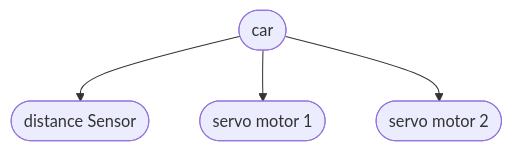
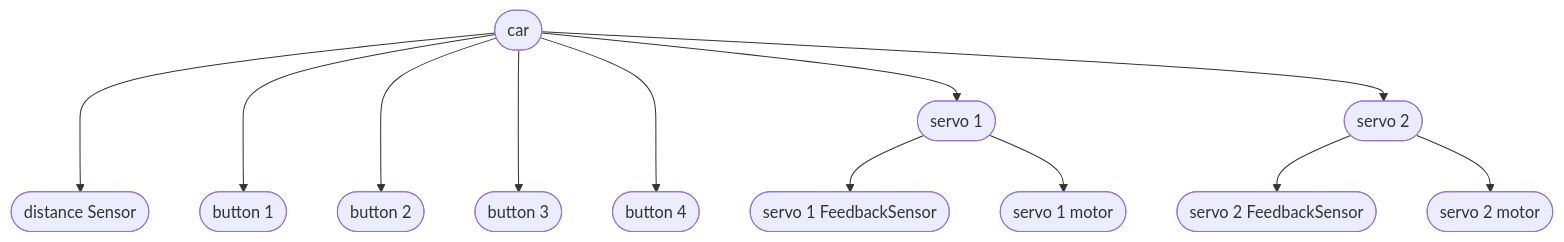
The first of 5 diagrams in ES/car challenge/class diagram.md (gamepro110/t-db3-2324nj), drawn with Mermaid before and after one commit. The commit also changed other lines of this file and 5 other files, not shown here.

````diff
--- a/ES/car challenge/class diagram.md
+++ b/ES/car challenge/class diagram.md
@@ -5,11 +5,33 @@
 ```mermaid
 graph
 c([car])
 d([distance Sensor])
-s1([servo motor 1])
-s2([servo motor 2])
 
-c --> d
+s1([servo 1])
+ss1([servo 1 FeedbackSensor])
+sm1([servo 1 motor])
+
+s2([servo 2])
+ss2([servo 2 FeedbackSensor])
+sm2([servo 2 motor])
+
+b1([button 1])
+b2([button 2])
+b3([button 3])
+b4([button 4])
+
+c ---> d
+
+c ---> b1
+c ---> b2
+c ---> b3
+c ---> b4
+
 c --> s1
+s1 --> ss1
+s1 --> sm1
+
 c --> s2
+s2 --> ss2
+s2 --> sm2
 ```
````
